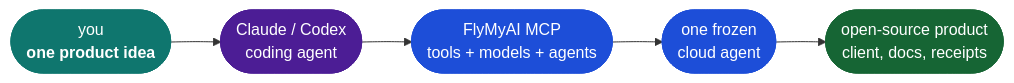
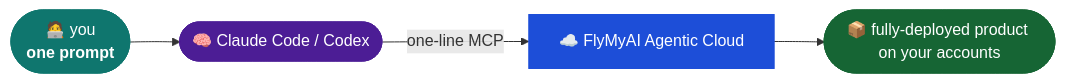
The diagram in README.md (FlyMyAI/build-with-flymyai), drawn with Mermaid before and after one commit. The commit also changed other lines of this file, not shown here.

````diff
--- a/README.md
+++ b/README.md
@@ -16,14 +28,12 @@
 ```mermaid
 flowchart LR
-    U(["you<br/><b>one product idea</b>"]) --> C
-    C(["Claude / Codex<br/>coding agent"]) --> MCP
-    MCP(["FlyMyAI MCP<br/>tools + models + agents"]) --> A
-    A(["one frozen<br/>cloud agent"]) --> P
-    P(["open-source product<br/>client, docs, receipts"])
-
-    classDef user fill:#0f766e,stroke:#0f766e,color:#fff;
+    U(["🧑‍💻 you<br/><b>one prompt</b>"]) --> C(["🧠 Claude Code / Codex"])
+    C -->|one-line MCP| CLOUD["☁️ FlyMyAI Agentic Cloud"]
+    CLOUD --> OUT(["📦 fully-deployed product on your accounts"])
+    
+    classDef you fill:#0f766e,stroke:#0f766e,color:#fff;
     classDef agent fill:#4c1d95,stroke:#4c1d95,color:#fff;
     classDef cloud fill:#1d4ed8,stroke:#1d4ed8,color:#fff;
     classDef out fill:#166534,stroke:#166534,color:#fff;
-    class U user; class C agent; class MCP,A cloud; class P out;
+    class U you; class C agent; class CLOUD cloud; class OUT out;
 ```
````
